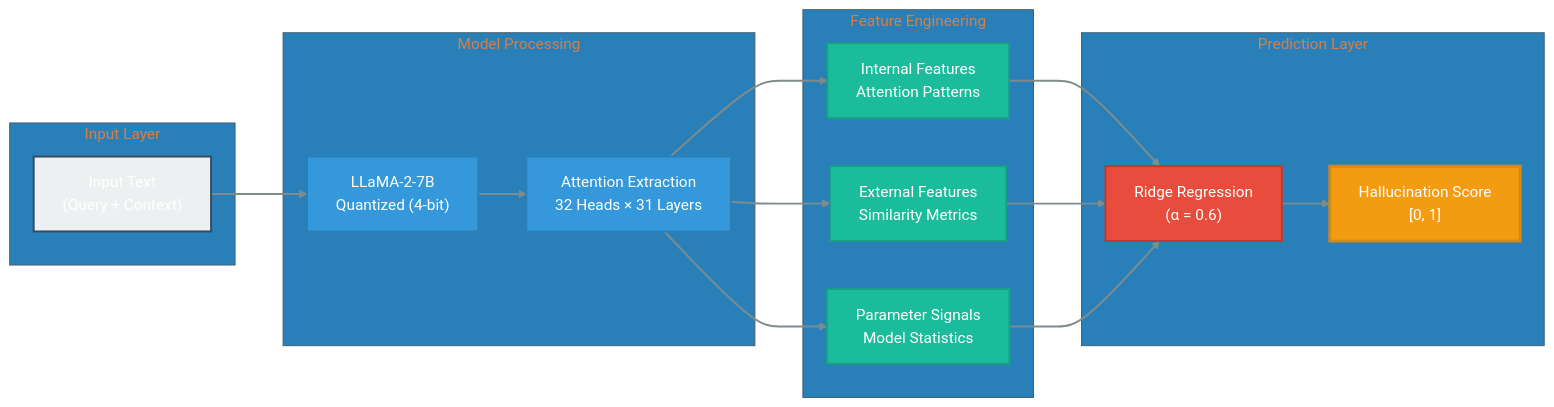
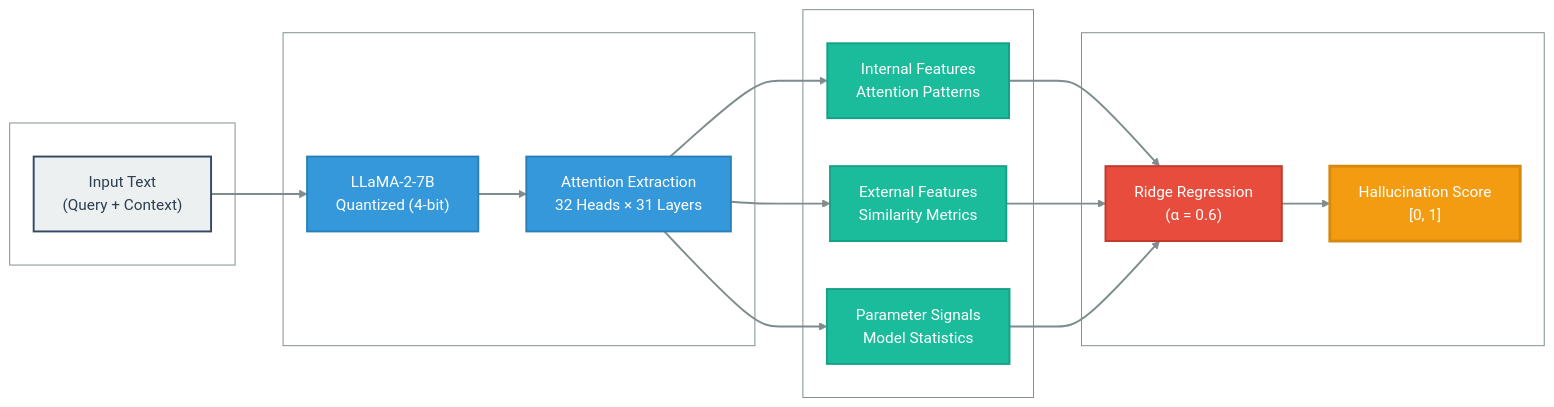
The diagram in README.md (Shivadzn/ReDeEP-Hallucination-Detection-System-Implementation), drawn with Mermaid before and after one commit.

````diff
--- a/README.md
+++ b/README.md
@@ -36,47 +36,47 @@
 ```mermaid
-%%{init: {'theme':'base', 'themeVariables': { 'primaryColor':'#2c3e50','primaryTextColor':'#fff','primaryBorderColor':'#34495e','lineColor':'#7f8c8d','secondaryColor':'#3498db','tertiaryColor':'#2980b9'}}}%%
+%%{init: {'theme':'base', 'themeVariables': { 'primaryColor':'#2c3e50','primaryTextColor':'#fff','primaryBorderColor':'#34495e','lineColor':'#7f8c8d','secondaryColor':'#3498db','tertiaryColor':'#2980b9','clusterBkg':'transparent','clusterBorder':'#7f8c8d'}}}%%
 flowchart LR
-    subgraph Input ["Input Layer"]
+    subgraph Input ["<span style='color: white;'>Input Layer</span>"]
         A["Input Text<br/>(Query + Context)"]
     end
     
-    subgraph Processing ["Model Processing"]
+    subgraph Processing ["<span style='color: white;'>Model Processing</span>"]
         B["LLaMA-2-7B<br/>Quantized (4-bit)"]
         C["Attention Extraction<br/>32 Heads × 31 Layers"]
     end
     
-    subgraph Features ["Feature Engineering"]
+    subgraph Features ["<span style='color: white;'>Feature Engineering</span>"]
         D["Internal Features<br/>Attention Patterns"]
         E["External Features<br/>Similarity Metrics"]
         F["Parameter Signals<br/>Model Statistics"]
     end
     
-    subgraph Prediction ["Prediction Layer"]
+    subgraph Prediction ["<span style='color: white;'>Prediction Layer</span>"]
         G["Ridge Regression<br/>(α = 0.6)"]
         H["Hallucination Score<br/>[0, 1]"]
     end
     
     A --> B
     B --> C
     C --> D
     C --> E
     C --> F
     D --> G
     E --> G
     F --> G
     G --> H
     
-    classDef inputClass fill:#ecf0f1,stroke:#34495e,stroke-width:2px,color:#fff
+    classDef inputClass fill:#ecf0f1,stroke:#34495e,stroke-width:2px,color:#2c3e50
     classDef processClass fill:#3498db,stroke:#2980b9,stroke-width:2px,color:#fff
     classDef featureClass fill:#1abc9c,stroke:#16a085,stroke-width:2px,color:#fff
     classDef predClass fill:#e74c3c,stroke:#c0392b,stroke-width:2px,color:#fff
     classDef outputClass fill:#f39c12,stroke:#d68910,stroke-width:3px,color:#fff
     
     class A inputClass
     class B,C processClass
     class D,E,F featureClass
     class G predClass
     class H outputClass
     
     linkStyle default stroke:#7f8c8d,stroke-width:2px
 ```
````
